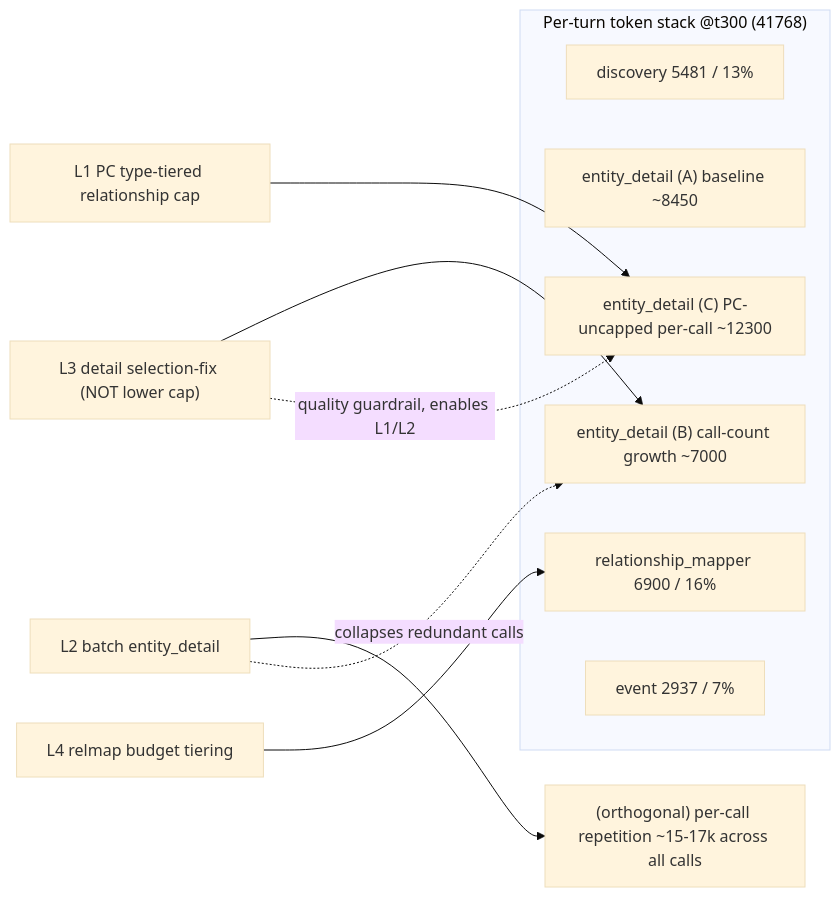
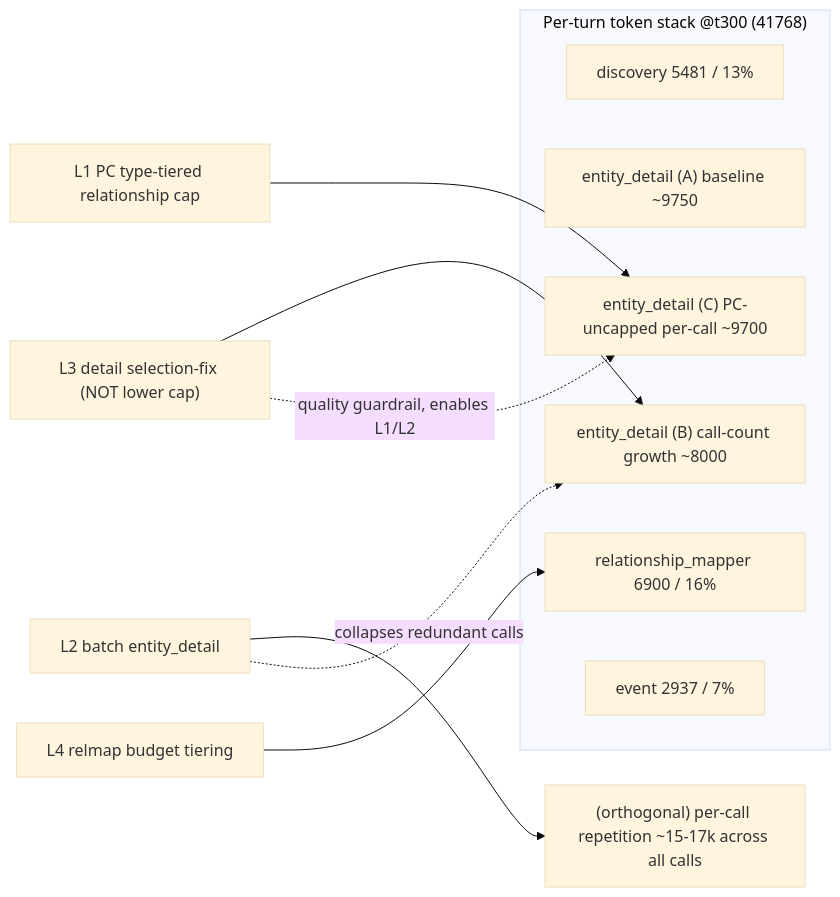
One commit to daviburg/narrative-state-engine changed the diagram in docs/design-token-stabilization.md. Above: the diagram before and after it, drawn with Mermaid (base theme). The commit also changed other lines of this file and 1 other file, not shown here.

````diff
--- a/docs/design-token-stabilization.md
+++ b/docs/design-token-stabilization.md
@@ -183,19 +195,19 @@
 ```mermaid
 flowchart LR
     subgraph STACK["Per-turn token stack @t300 (41768)"]
         D["discovery 5481 / 13%"]
-        ED_A["entity_detail (A) baseline ~8450"]
-        ED_B["entity_detail (B) call-count growth ~7000"]
-        ED_C["entity_detail (C) PC-uncapped per-call ~12300"]
+        ED_A["entity_detail (A) baseline ~9750"]
+        ED_B["entity_detail (B) call-count growth ~8000"]
+        ED_C["entity_detail (C) PC-uncapped per-call ~9700"]
         RM["relationship_mapper 6900 / 16%"]
         EV["event 2937 / 7%"]
     end
     REP["(orthogonal) per-call repetition ~15-17k across all calls"]
 
     L1["L1 PC type-tiered relationship cap"] --> ED_C
     L4["L4 relmap budget tiering"] --> RM
     L2["L2 batch entity_detail"] --> REP
     L2 -. collapses redundant calls .-> ED_B
     L3["L3 detail selection-fix (NOT lower cap)"] --> ED_B
     L3 -. quality guardrail, enables L1/L2 .-> ED_C
 ```
````
